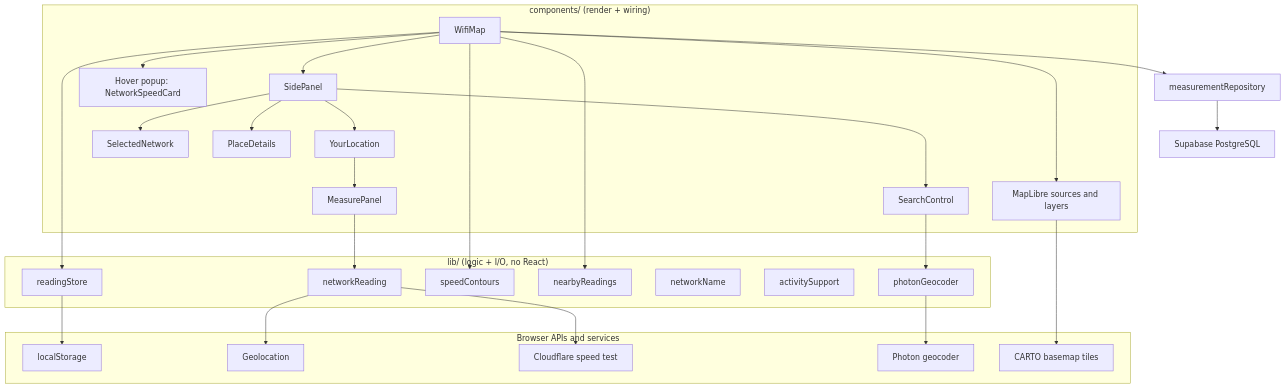
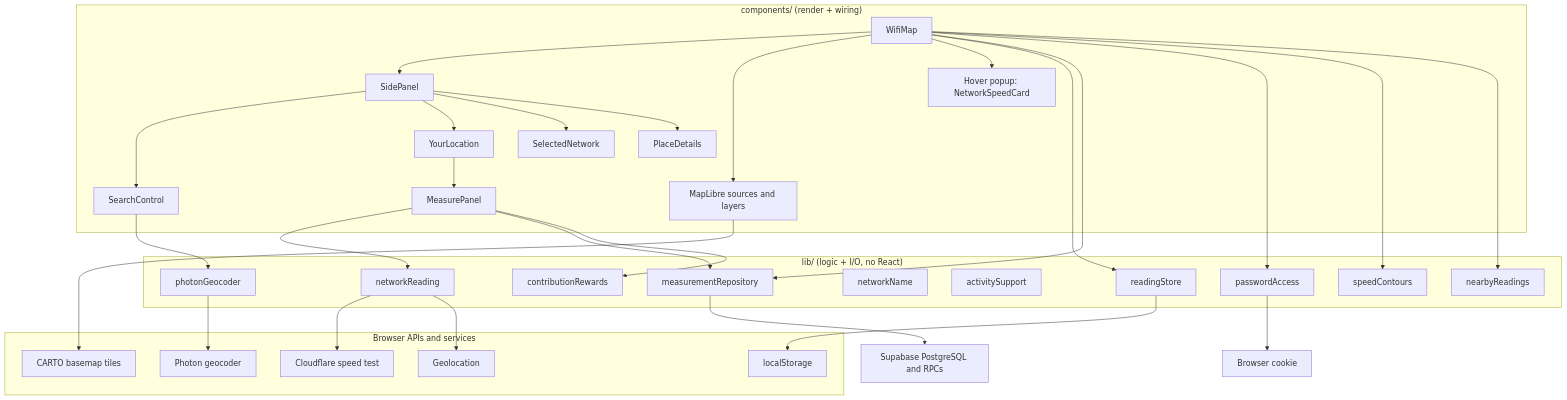
Before and after one commit to Tofulati/wifi_map: the first of 2 diagrams in wifi_map/docs/ARCHITECTURE.md, drawn with Mermaid. The commit also changed other lines of this file and 2 other files, not shown here.

Commit message:
update dev with debug, password, and buttons

````diff
--- a/wifi_map/docs/ARCHITECTURE.md
+++ b/wifi_map/docs/ARCHITECTURE.md
@@ -9,37 +9,44 @@
 ```mermaid
 flowchart TD
     subgraph React["components/ (render + wiring)"]
         WifiMap --> SidePanel
         WifiMap --> MapLayers["MapLibre sources and layers"]
         WifiMap --> Popup["Hover popup: NetworkSpeedCard"]
         SidePanel --> SearchControl
         SidePanel --> YourLocation
         SidePanel --> SelectedNetwork
         SidePanel --> PlaceDetails
         YourLocation --> MeasurePanel
     end
     subgraph Lib["lib/ (logic + I/O, no React)"]
         networkReading
         readingStore
         speedContours
         nearbyReadings
         networkName
         activitySupport
         photonGeocoder
+        measurementRepository
+        contributionRewards
+        passwordAccess
     end
     subgraph Outside["Browser APIs and services"]
         localStorage
         Geolocation
         Cloudflare["Cloudflare speed test"]
         Photon["Photon geocoder"]
         Tiles["CARTO basemap tiles"]
     end
     MeasurePanel --> networkReading --> Cloudflare
     networkReading --> Geolocation
     WifiMap --> readingStore --> localStorage
-    WifiMap --> measurementRepository --> Supabase["Supabase PostgreSQL"]
+    WifiMap --> measurementRepository --> Supabase["Supabase PostgreSQL and RPCs"]
+    MeasurePanel --> measurementRepository
+    MeasurePanel --> contributionRewards
+    WifiMap --> passwordAccess
+    passwordAccess --> Cookies["Browser cookie"]
     WifiMap --> speedContours
     WifiMap --> nearbyReadings
     SearchControl --> photonGeocoder --> Photon
     MapLayers --> Tiles
 ```
````
